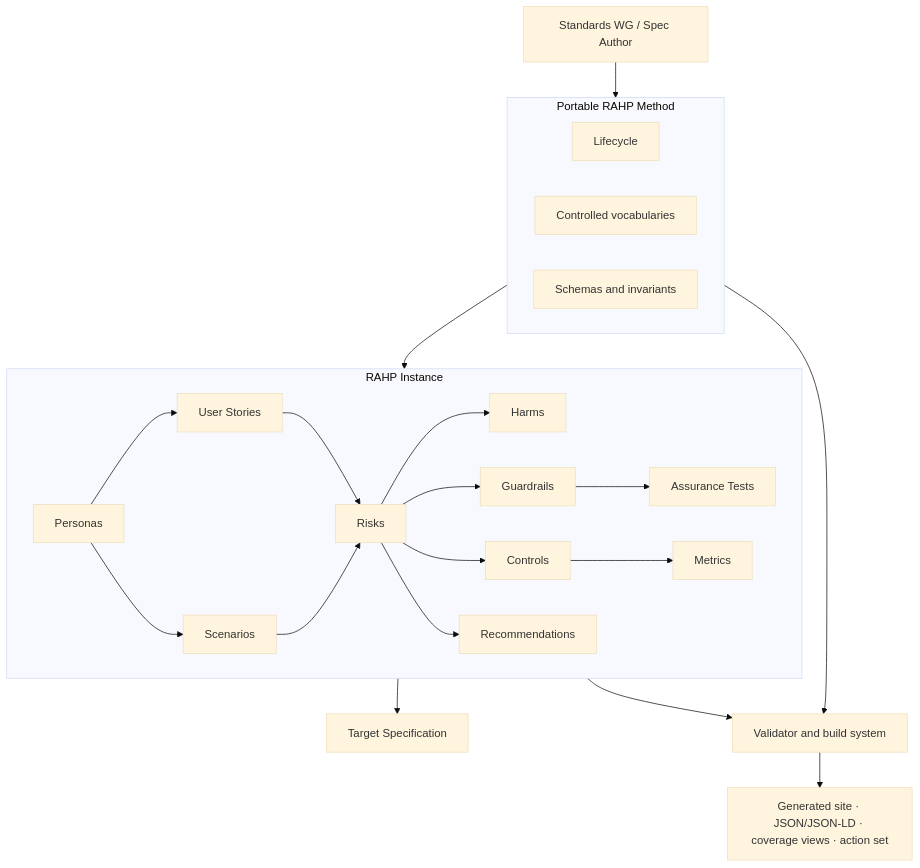
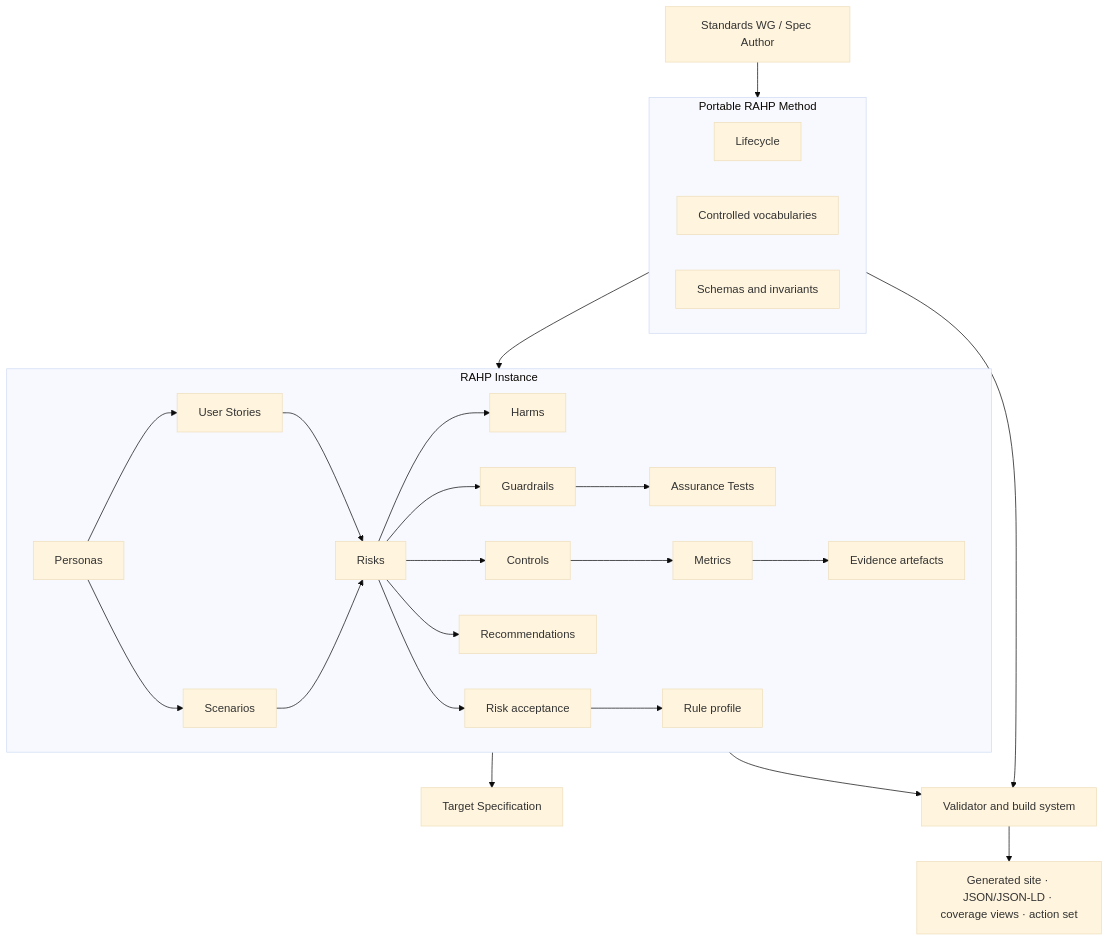
One commit to sankarshanmukhopadhyay/dtgwg-rahp-tf changed the diagram in README.md. Above: the diagram before and after it, drawn with Mermaid (base theme). The commit also changed other lines of this file and 57 other files, not shown here.

````diff
--- a/README.md
+++ b/README.md
@@ -25,26 +27,29 @@
 ```mermaid
 flowchart TB
   A[Standards WG / Spec Author] --> M
   subgraph M[Portable RAHP Method]
     L[Lifecycle]
     V[Controlled vocabularies]
     S[Schemas and invariants]
   end
   M --> I
   subgraph I[RAHP Instance]
     P[Personas] --> U[User Stories]
     P --> SC[Scenarios]
     U --> R[Risks]
     SC --> R
     R --> H[Harms]
     R --> C[Controls]
     R --> G[Guardrails]
     G --> T[Assurance Tests]
     C --> ME[Metrics]
+    ME --> EV[Evidence artefacts]
     R --> REC[Recommendations]
+    R --> RA[Risk acceptance]
+    RA --> RP[Rule profile]
   end
   I --> X[Target Specification]
   M --> TOOLS[Validator and build system]
   I --> TOOLS
   TOOLS --> OUT[Generated site · JSON/JSON-LD · coverage views · action set]
 ```
````
